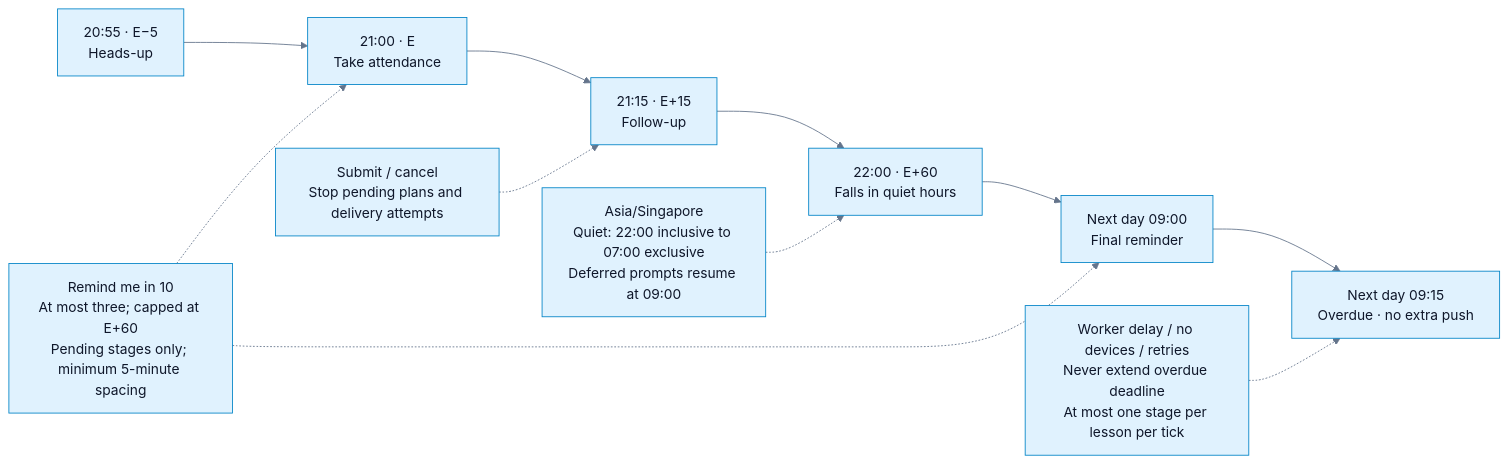
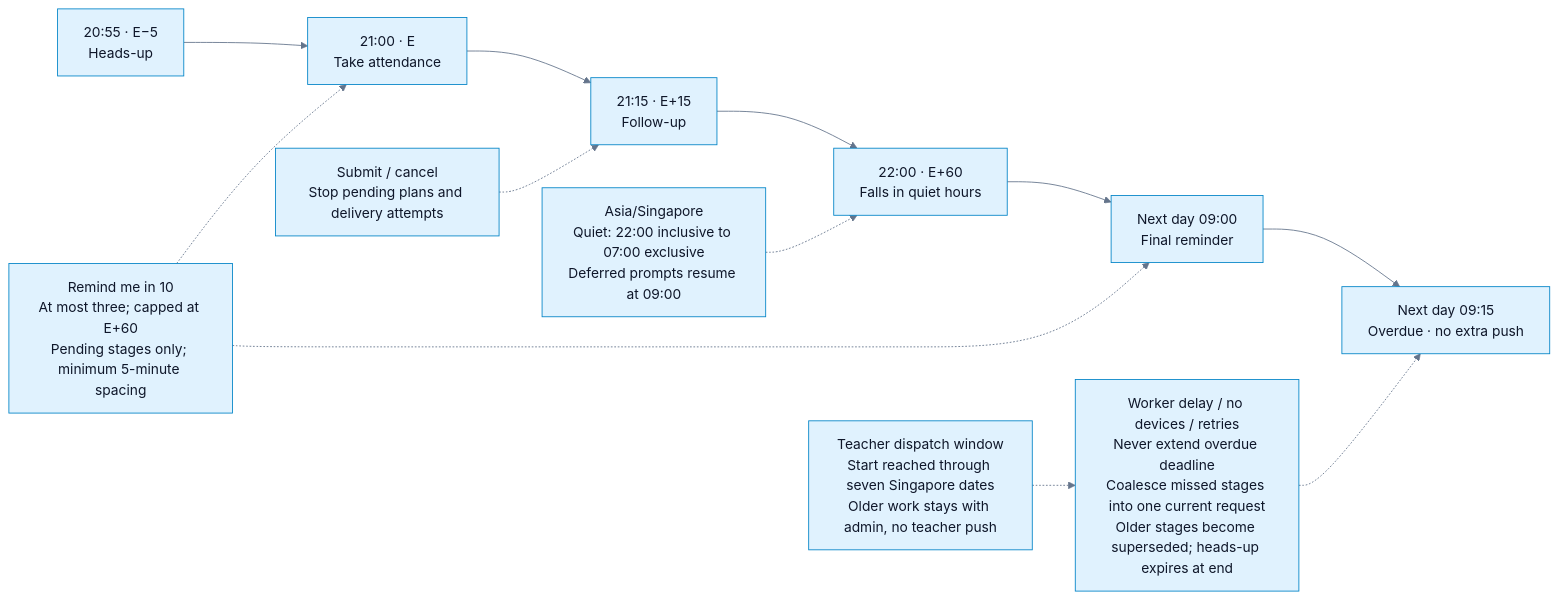
The diagram in docs/teacher-prompts/diagrams/prompt-timeline.mmd (thegoodcompany-sst/TAVAttendance), drawn with Mermaid before and after one commit. The commit also changed 77 other files, not shown here.

Commit message:
Teacher prompts: fix review findings (ACL hardening, calendar edge cases, coalesced recovery, 3-tap all-present submit, device unregister, preview guard), refresh docs/diagrams/strings, natural demo timing

```diff
--- a/docs/teacher-prompts/diagrams/prompt-timeline.mmd
+++ b/docs/teacher-prompts/diagrams/prompt-timeline.mmd
@@ -1,12 +1,13 @@
 %%{init: {"theme":"base","themeVariables":{"primaryColor":"#e0f2fe","primaryTextColor":"#0f172a","primaryBorderColor":"#0284c7","lineColor":"#64748b","secondaryColor":"#ccfbf1","tertiaryColor":"#ede9fe","noteBkgColor":"#ede9fe","noteBorderColor":"#64748b","noteTextColor":"#0f172a","background":"#ffffff","fontFamily":"Arial","fontSize":"16px"}}}%%
 flowchart LR
     A["20:55 · E−5<br/>Heads-up"] --> B["21:00 · E<br/>Take attendance"]
     B --> C["21:15 · E+15<br/>Follow-up"]
     C --> D["22:00 · E+60<br/>Falls in quiet hours"]
     D --> F["Next day 09:00<br/>Final reminder"]
     F --> G["Next day 09:15<br/>Overdue · no extra push"]
     Q["Asia/Singapore<br/>Quiet: 22:00 inclusive to 07:00 exclusive<br/>Deferred prompts resume at 09:00"] -.-> D
     S["Remind me in 10<br/>At most three; capped at E+60<br/>Pending stages only; minimum 5-minute spacing"] -.-> B
     S -.-> F
     X["Submit / cancel<br/>Stop pending plans and delivery attempts"] -.-> C
-    N["Worker delay / no devices / retries<br/>Never extend overdue deadline<br/>At most one stage per lesson per tick"] -.-> G
+    N["Worker delay / no devices / retries<br/>Never extend overdue deadline<br/>Coalesce missed stages into one current request<br/>Older stages become superseded; heads-up expires at end"] -.-> G
+    W["Teacher dispatch window<br/>Start reached through seven Singapore dates<br/>Older work stays with admin, no teacher push"] -.-> N
```
